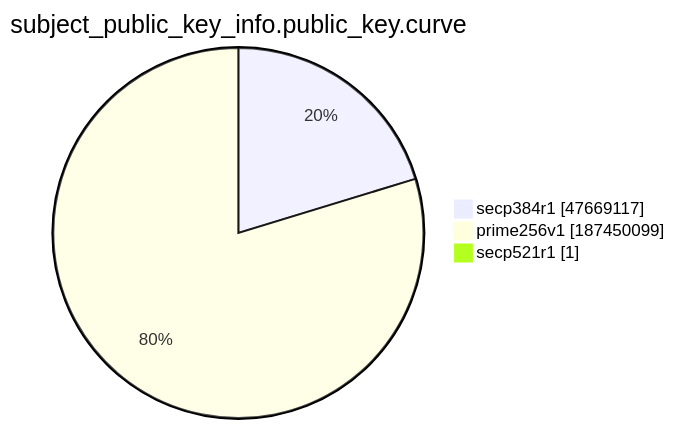
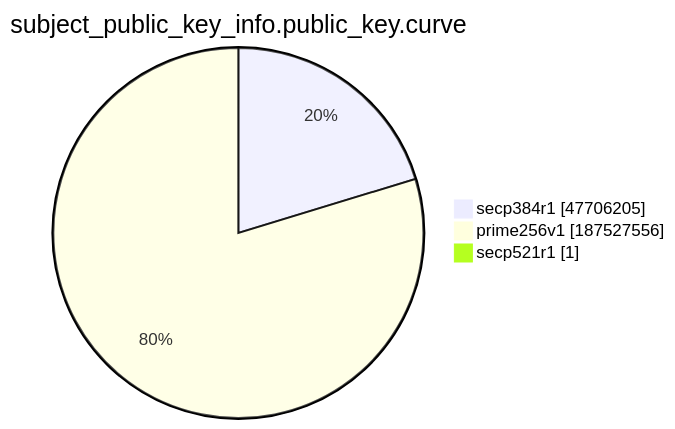
One commit to christiankrug/ctmonitor_visualization changed the ninth of 15 diagrams in xenon2022/README.md. Above: the diagram before and after it, drawn with Mermaid. The commit also changed other lines of this file, not shown here.

````diff
--- a/xenon2022/README.md
+++ b/xenon2022/README.md
@@ -2874,7 +2874,7 @@
 ```mermaid
 pie showData
 title subject_public_key_info.public_key.curve
-"secp384r1" :47669117
-"prime256v1" :187450099
+"secp384r1" :47706205
+"prime256v1" :187527556
 "secp521r1" :1
 ```
````
